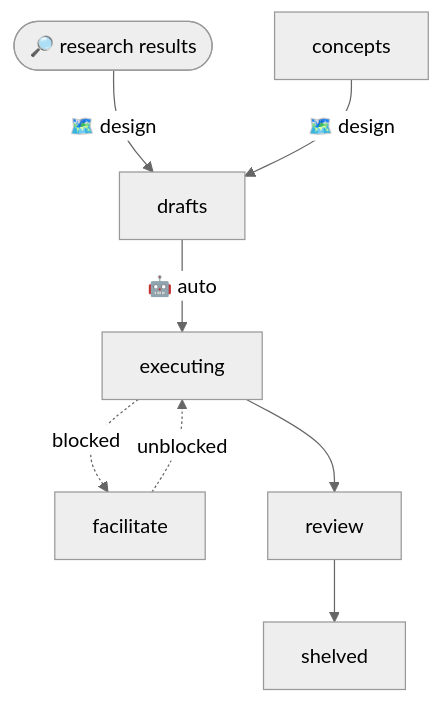
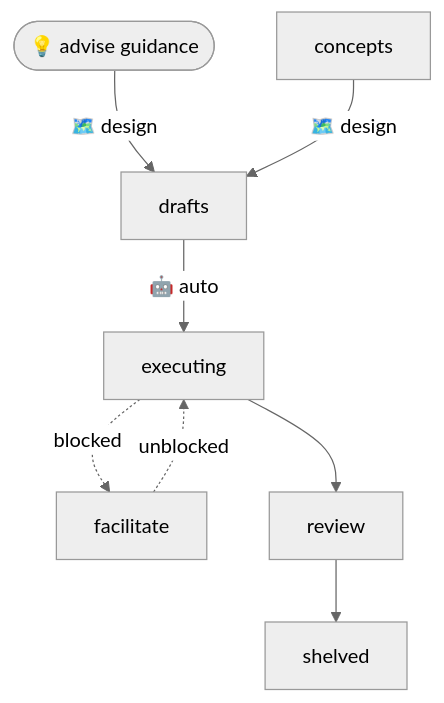
Before and after one commit to ahumandev/autocode: the first of 2 diagrams in docs/usage.md, drawn with Mermaid (neutral theme). The commit also changed other lines of this file and 31 other files, not shown here.

First line of the commit message:
feat(agents)! - replace research and teach with advise

````diff
--- a/docs/usage.md
+++ b/docs/usage.md
@@ -18,10 +17,10 @@
 ```mermaid
 flowchart TD
-  Research([🔎 research results]) --🗺️ design--> drafts
+  Advise([💡 advise guidance]) --🗺️ design--> drafts
   concepts --🗺️ design--> drafts
   drafts --🤖 auto --> executing
   executing -.blocked.-> facilitate
   facilitate -.unblocked.-> executing
   executing --> review
   review --> shelved
 ```
````
